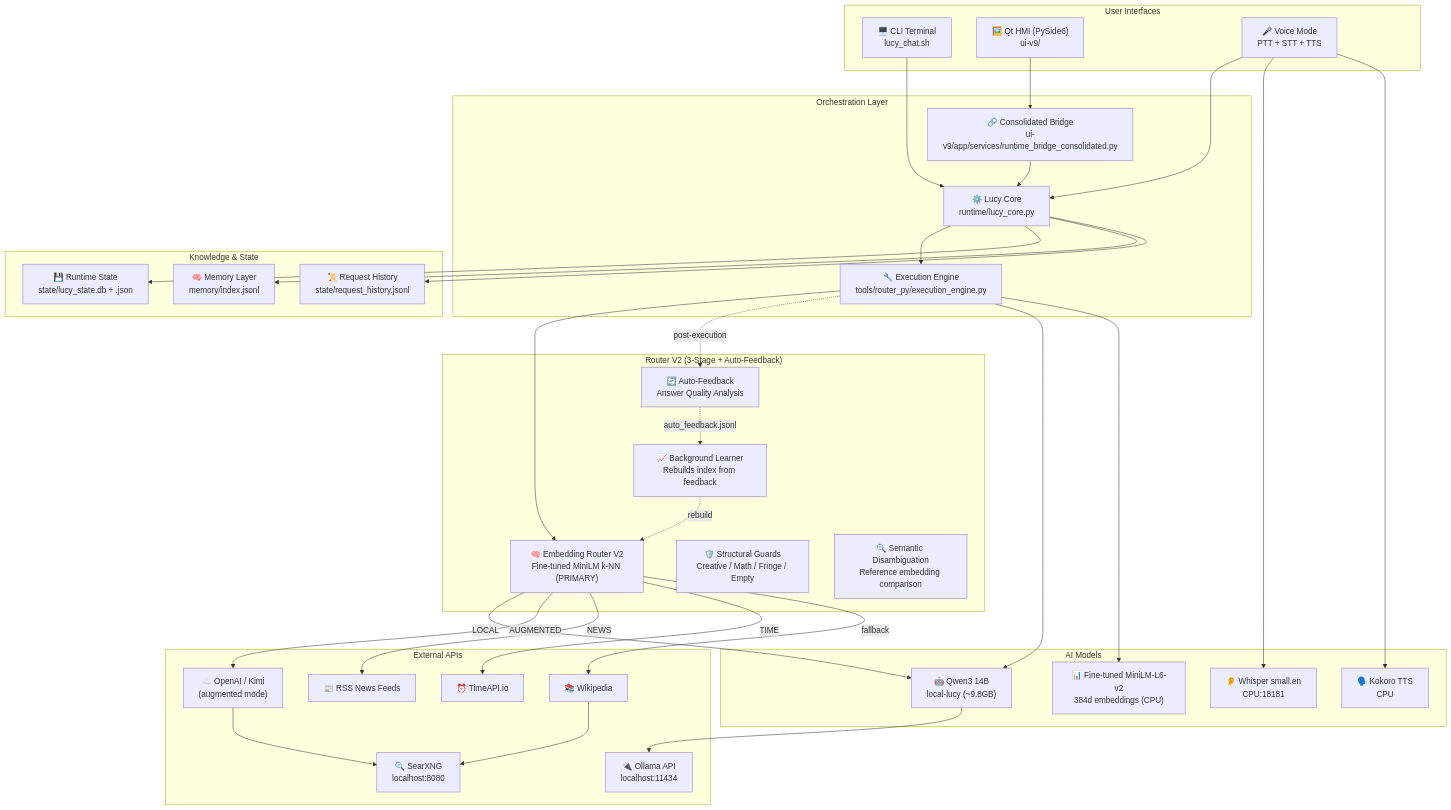
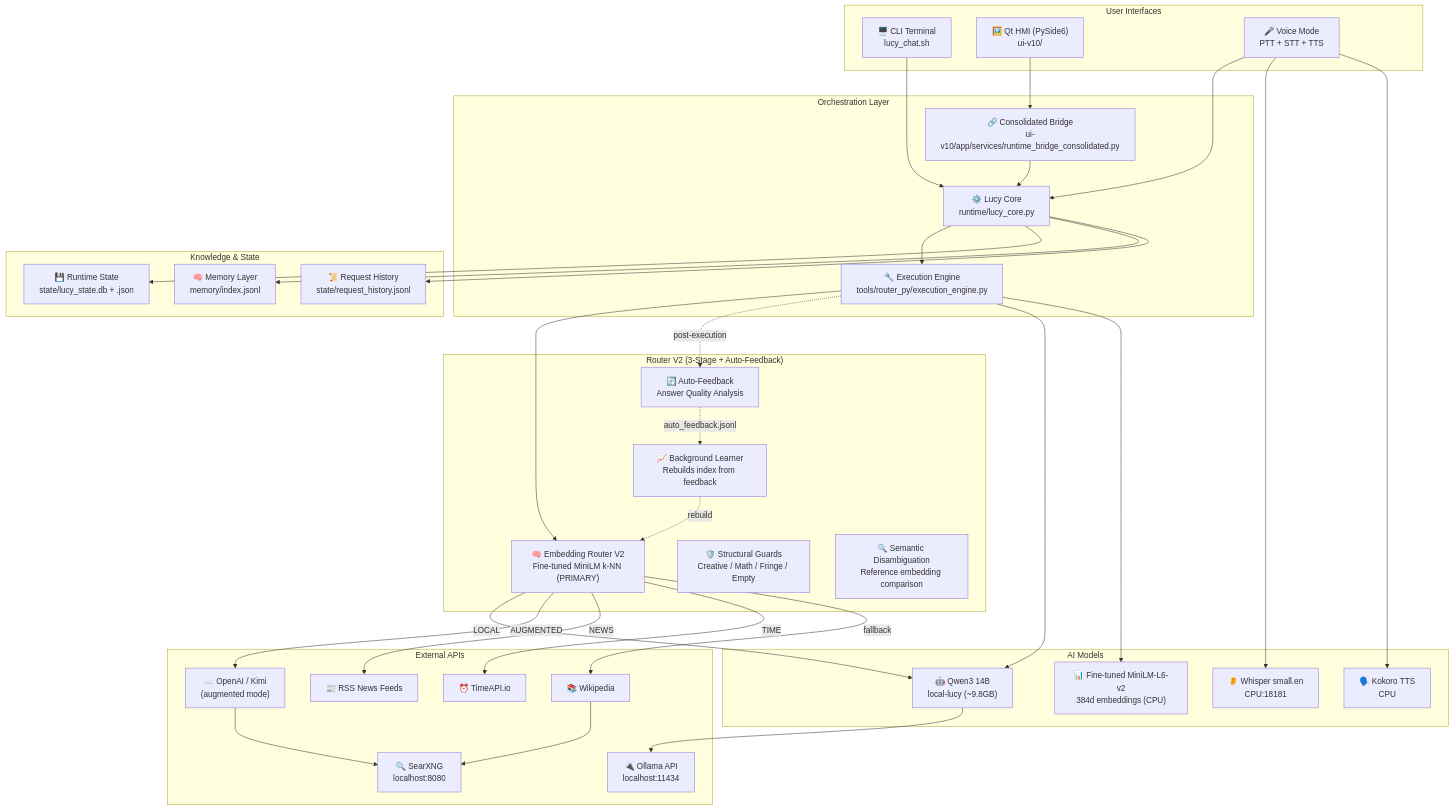
Before and after one commit to mikemichaelperry-cloud/Local-Lucy: the first of 3 diagrams in ARCHITECTURE.md, drawn with Mermaid. The commit also changed other lines of this file and 126 other files, not shown here.

````diff
--- a/ARCHITECTURE.md
+++ b/ARCHITECTURE.md
@@ -14,77 +14,77 @@
 ```mermaid
 graph TB
     subgraph "User Interfaces"
         CLI["🖥️ CLI Terminal<br/>lucy_chat.sh"]
-        GUI["🖼️ Qt HMI (PySide6)<br/>ui-v9/"]
+        GUI["🖼️ Qt HMI (PySide6)<br/>ui-v10/"]
         VOICE["🎤 Voice Mode<br/>PTT + STT + TTS"]
     end
 
     subgraph "Orchestration Layer"
         CORE["⚙️ Lucy Core<br/>runtime/lucy_core.py"]
         ENGINE["🔧 Execution Engine<br/>tools/router_py/execution_engine.py"]
-        BRIDGE["🔗 Consolidated Bridge<br/>ui-v9/app/services/runtime_bridge_consolidated.py"]
+        BRIDGE["🔗 Consolidated Bridge<br/>ui-v10/app/services/runtime_bridge_consolidated.py"]
     end
 
     subgraph "Router V2 (3-Stage + Auto-Feedback)"
         EMBED["🧠 Embedding Router V2<br/>Fine-tuned MiniLM k-NN (PRIMARY)"]
         STRUCT["🛡️ Structural Guards<br/>Creative / Math / Fringe / Empty"]
         DISAMBIG["🔍 Semantic Disambiguation<br/>Reference embedding comparison"]
         AUTO_FB["🔄 Auto-Feedback<br/>Answer Quality Analysis"]
         AUTO_FB["🔄 Auto-Feedback<br/>Answer Quality Analysis"]
         LEARNER["📈 Background Learner<br/>Rebuilds index from feedback"]
     end
 
     subgraph "AI Models"
         LLM["🤖 Qwen3 14B<br/>local-lucy (~9.8GB)"]
         ROUTER_MODEL["📊 Fine-tuned MiniLM-L6-v2<br/>384d embeddings (CPU)"]
         WHISPER["👂 Whisper small.en<br/>CPU:18181"]
         KOKORO["🗣️ Kokoro TTS<br/>CPU"]
     end
 
     subgraph "Knowledge & State"
         STATE["💾 Runtime State<br/>state/lucy_state.db + .json"]
         MEMORY["🧠 Memory Layer<br/>memory/index.jsonl"]
         HISTORY["📜 Request History<br/>state/request_history.jsonl"]
     end
 
     subgraph "External APIs"
         OLLAMA["🔌 Ollama API<br/>localhost:11434"]
         WIKI["📚 Wikipedia"]
         OPENAI["☁️ OpenAI / Kimi<br/>(augmented mode)"]
         NEWS["📰 RSS News Feeds"]
         TIMEAPI["⏰ TimeAPI.io"]
         SEARCH["🔍 SearXNG<br/>localhost:8080"]
     end
 
     CLI --> CORE
     GUI --> BRIDGE
     VOICE --> CORE
 
     BRIDGE --> CORE
     CORE --> ENGINE
     CORE --> STATE
     CORE --> MEMORY
     CORE --> HISTORY
 
     ENGINE --> EMBED
     ENGINE -.->|"post-execution"| AUTO_FB
     AUTO_FB -.->|"auto_feedback.jsonl"| LEARNER
     LEARNER -.->|"rebuild"| EMBED
 
     ENGINE --> LLM
     ENGINE --> ROUTER_MODEL
 
     LLM --> OLLAMA
 
     EMBED -->|"LOCAL"| LLM
     EMBED -->|"AUGMENTED"| OPENAI
     EMBED -->|"NEWS"| NEWS
     EMBED -->|"TIME"| TIMEAPI
     EMBED -->|"fallback"| WIKI
 
     VOICE --> WHISPER
     VOICE --> KOKORO
 
     OPENAI --> SEARCH
     WIKI --> SEARCH
 ```
````
